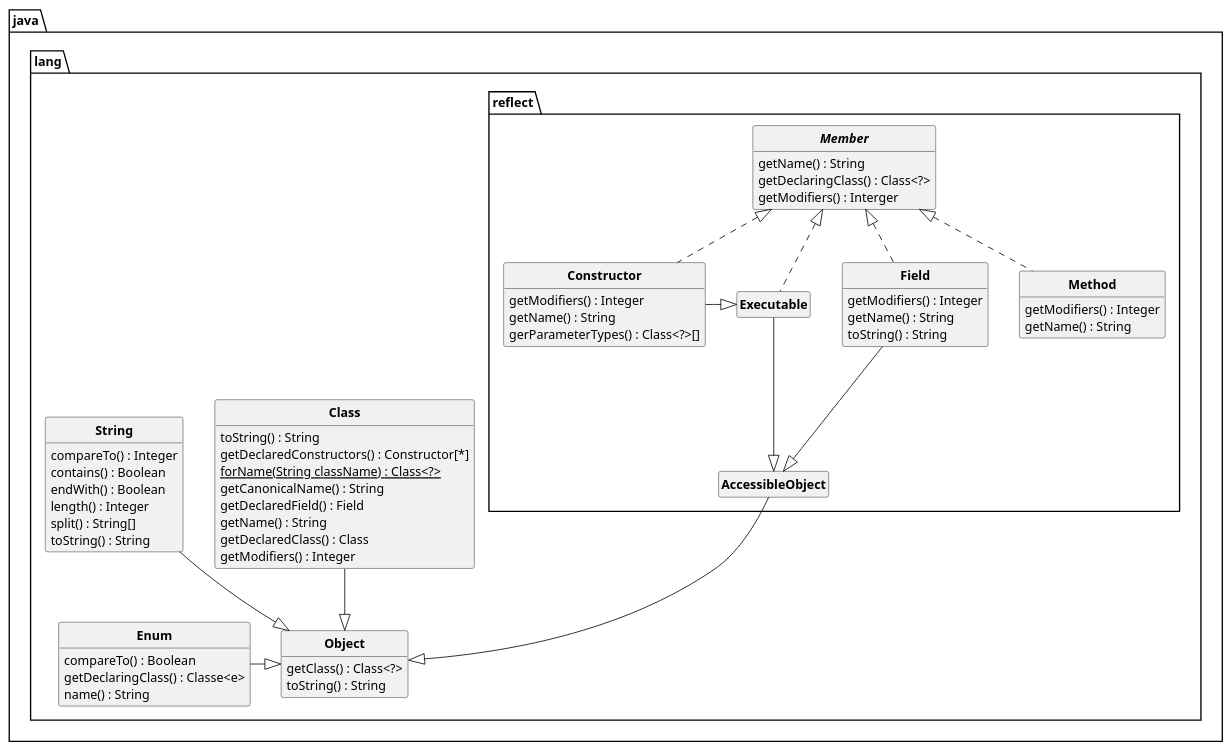
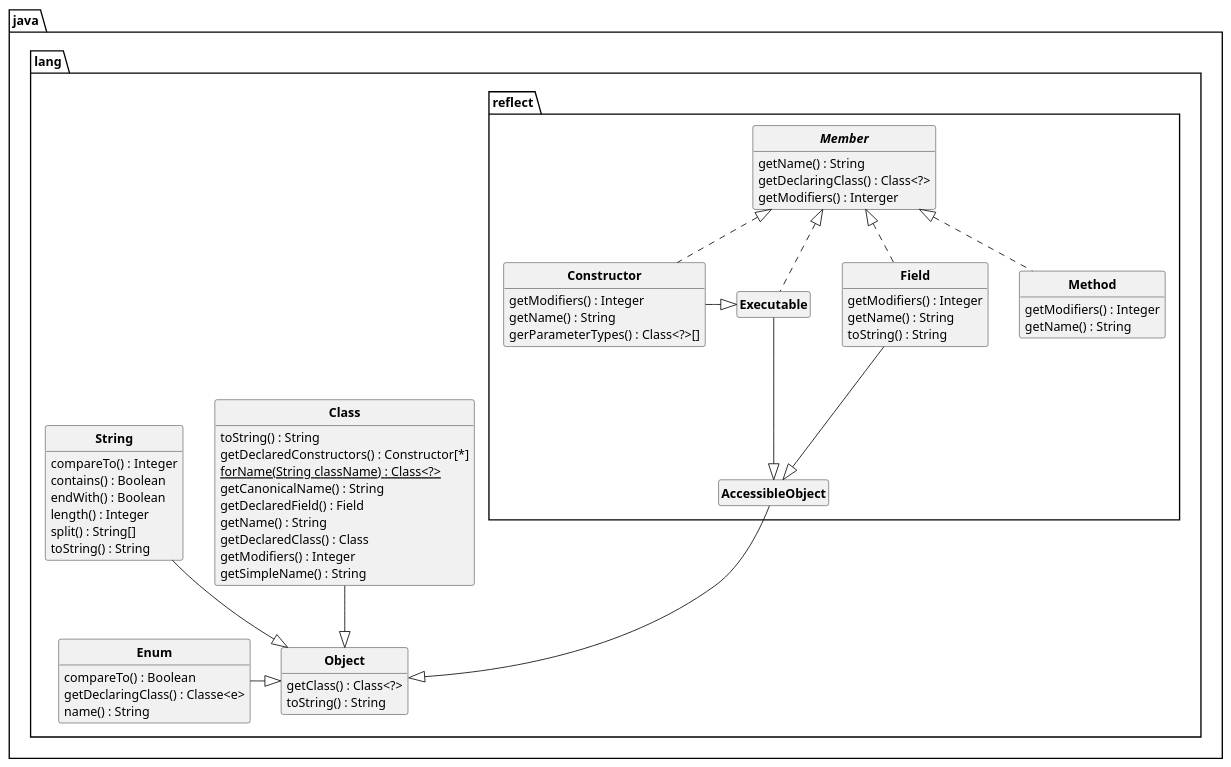
Before and after one commit to D3B1RUM4N/SAE_P21: the diagram in fichierTXT/uml1.puml, drawn with PlantUML. The commit also changed 8 other files, not shown here.

```diff
--- a/fichierTXT/uml1.puml
+++ b/fichierTXT/uml1.puml
@@ -1,122 +1,122 @@
 @startuml
 'https://plantuml.com/class-diagram
 
 skinparam style strictuml
 skinparam classAttributeIconSize 0
 skinparam classFontStyle Bold
 hide empty members
 
 package java.lang
 {
     class Object
     {
         getClass() : Class<?>
         toString() : String
     }
 
     class Class
     {
         toString() : String
         getDeclaredConstructors() : Constructor[*]
         forName(String className) : {static} Class<?>
         getCanonicalName() : String
         getDeclaredField() : Field
         getName() : String
         '   contien le package en plus
         getDeclaredClass() : Class
         getModifiers() : Integer
-
+        getSimpleName() : String
     }
 
     class String
     {
         compareTo() : Integer
         contains() : Boolean
         endWith() : Boolean
         length() : Integer
         split() : String[]
         toString() : String
     }
 
     class Enum
     {
         compareTo() : Boolean
         getDeclaringClass() : Classe<e>
         name() : String
     }
 
     package reflect
     {
         Interface Member
         {
             getName() : String
             getDeclaringClass() : Class<?>
             getModifiers() : Interger
         }
 
         class AccessibleObject
         {
             'getAnnotations() : Annotation[*]
             'getDeclaredAnnotations() : Annotation[*]
         }
 
         class Executable implements Member
         {
             'getDeclaredAnnotations() : Annotation[*]
         }
 
         class Constructor implements Member
         {
             getModifiers() : Integer
             getName() : String
             gerParameterTypes() : Class<?>[]
         }
 
         class Field implements Member
         {
             getModifiers() : Integer
             getName() : String
             toString() : String
         }
 
         class Method implements Member
         {
             getModifiers() : Integer
             getName() : String
         }
     }
 }
 
 Class --|> Object
 String --|> Object
 Enum -|> Object
 
 AccessibleObject --|> Object
 Executable -|> AccessibleObject
 Field --|> AccessibleObject
 Constructor -|> Executable
 
 /'abstract class AbstractList
 abstract AbstractCollection
 interface List
 interface Collection
 
 List <|-- AbstractList
 Collection <|-- AbstractCollection
 
 Collection <|- List
 AbstractCollection <|- AbstractList
 AbstractList <|-- ArrayList
 
 class ArrayList {
 Object[] elementData
 size()
 }
 
 enum TimeUnit {
 DAYS
 HOURS
 MINUTES
 }'/
 
 @enduml
```
